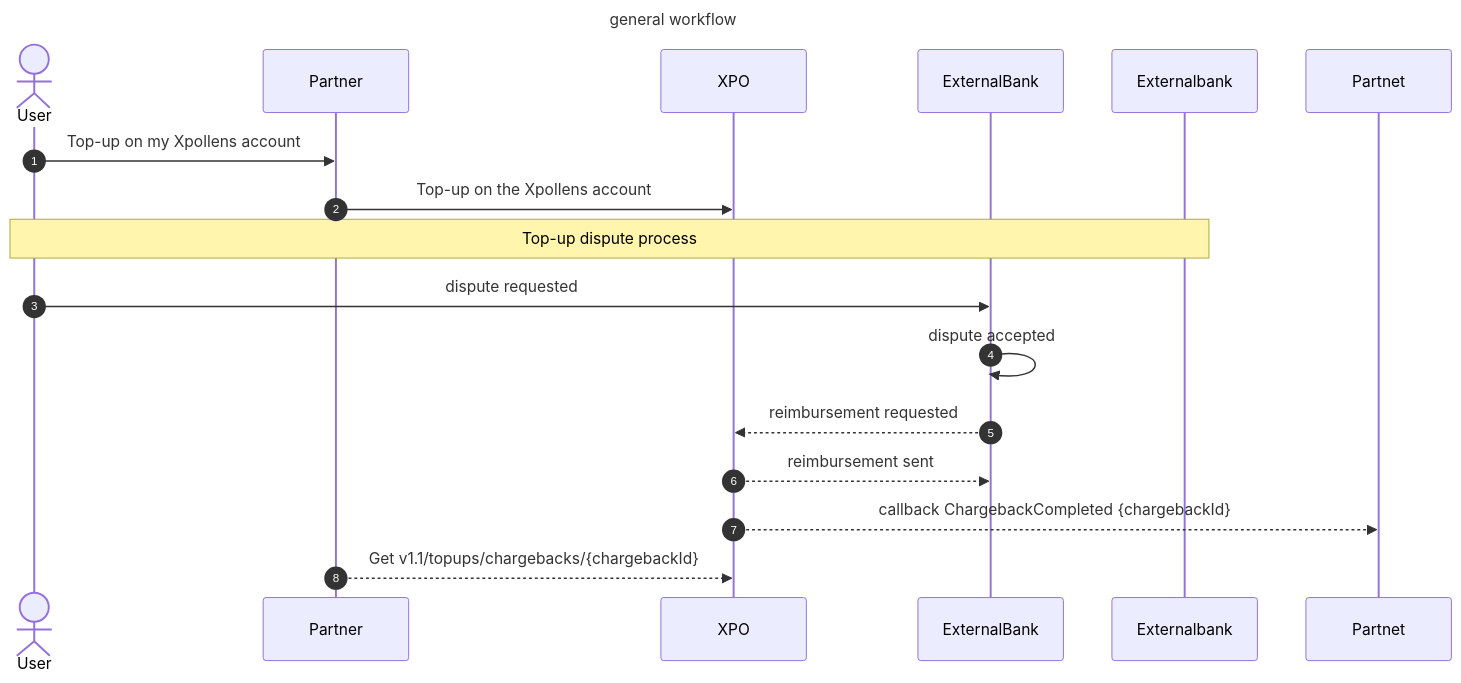
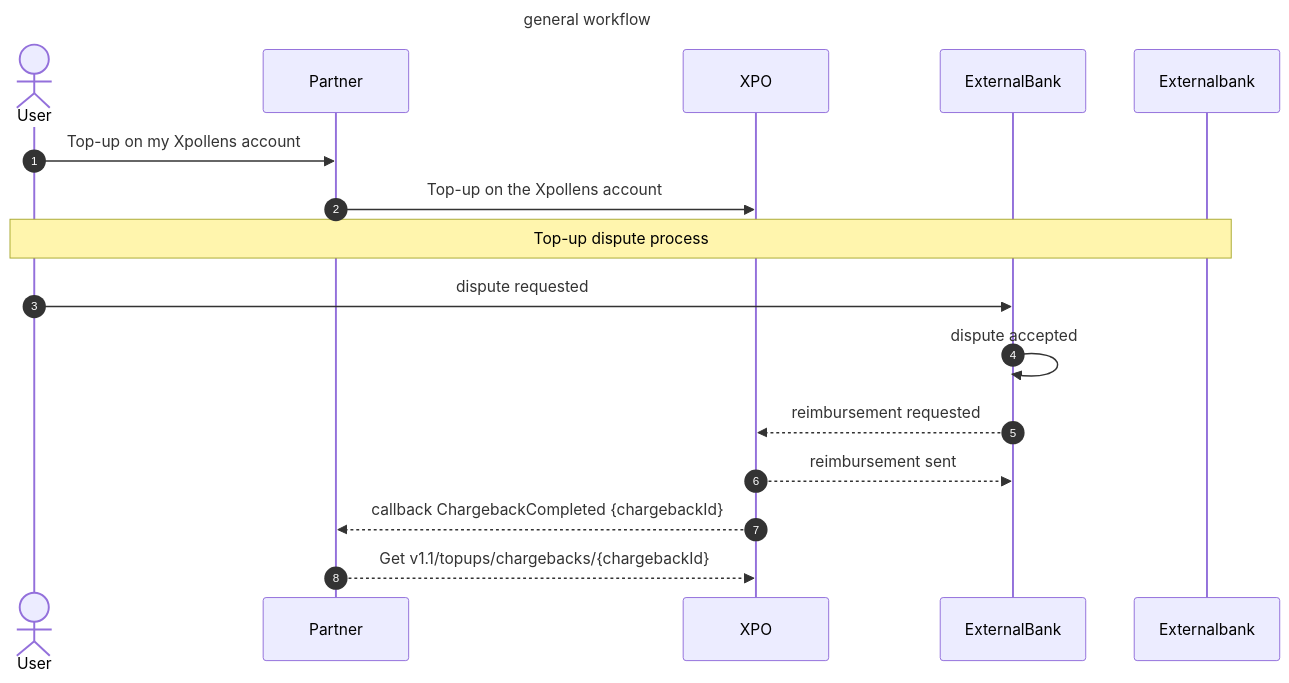
One commit to pomme-clic/s-money-documentation changed the first of 2 diagrams in docs/usecases/topups/topup_dispute.md. Above: the diagram before and after it, drawn with Mermaid.

````diff
--- a/docs/usecases/topups/topup_dispute.md
+++ b/docs/usecases/topups/topup_dispute.md
@@ -11,24 +11,24 @@
 ```mermaid
 sequenceDiagram
 
 Title: general workflow
 autoNumber
 Actor User
 Participant Partner
 Participant XPO
 Participant ExternalBank
 
 User ->> Partner : Top-up on my Xpollens account
 Partner ->> XPO : Top-up on the Xpollens account
 
 Note over User, Externalbank: Top-up dispute process
 User ->> ExternalBank: dispute requested
 ExternalBank ->> ExternalBank : dispute accepted
 ExternalBank -->> XPO: reimbursement requested
 XPO -->> ExternalBank: reimbursement sent
-XPO -->> Partnet: callback ChargebackCompleted {chargebackId}
+XPO -->> Partner: callback ChargebackCompleted {chargebackId}
 
 Partner -->> XPO: Get v1.1/topups/chargebacks/{chargebackId}
 
 
 ```
````
